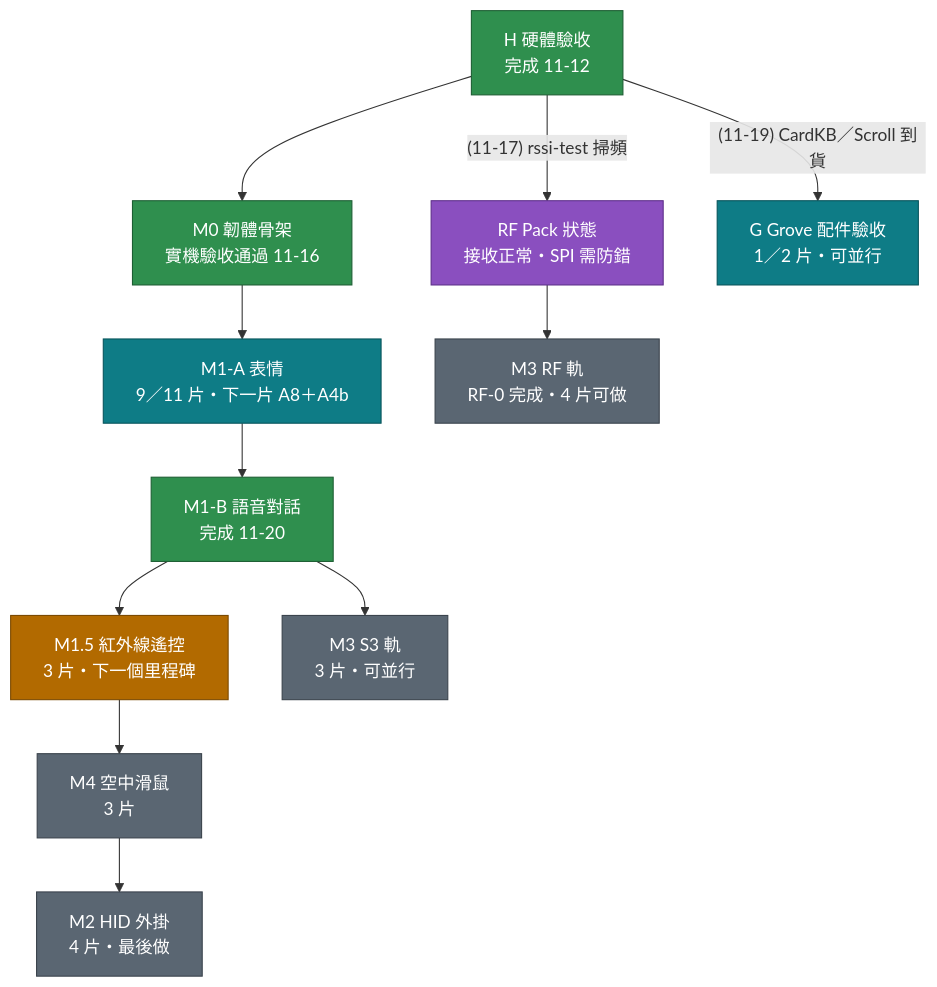
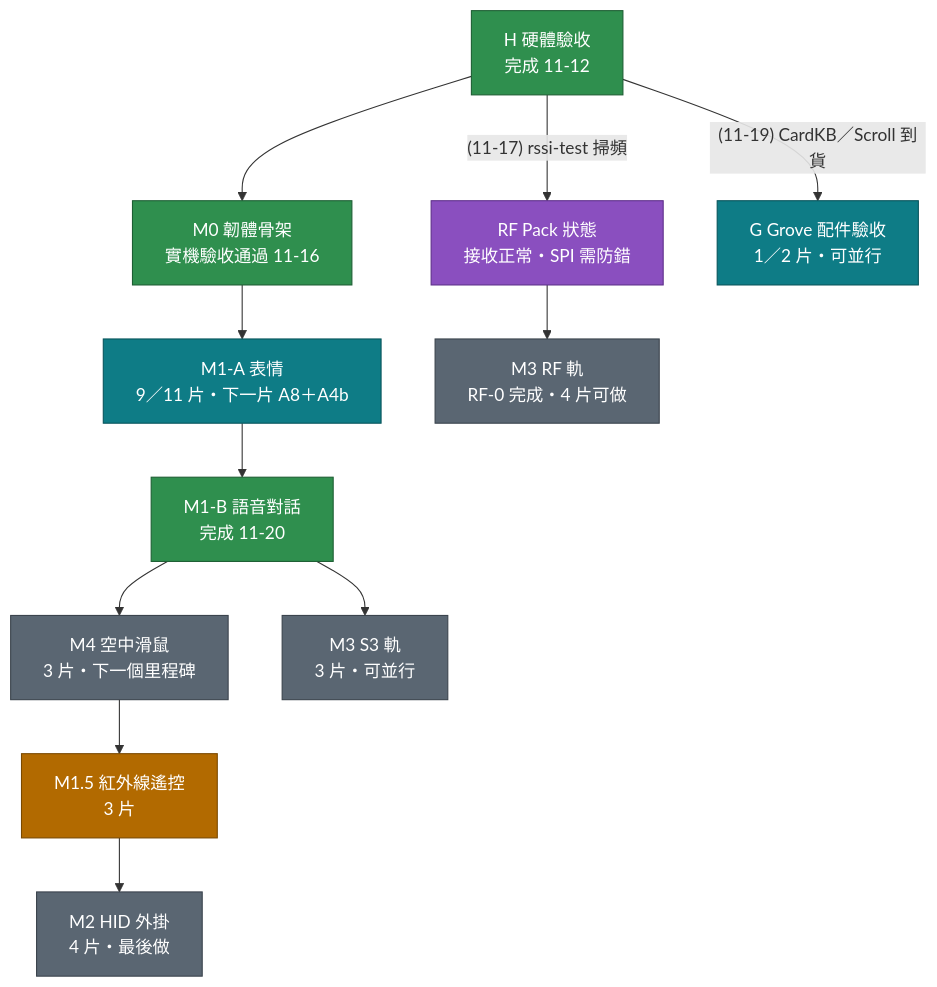
Before and after one commit to MilesYP/m5sticks3: the first of 2 diagrams in docs/StickS3 執行計劃.md, drawn with Mermaid. The commit also changed other lines of this file and 8 other files, not shown here.

````diff
--- a/docs/StickS3 執行計劃.md
+++ b/docs/StickS3 執行計劃.md
@@ -29,31 +29,31 @@
 ```mermaid
 flowchart TD
     H["H 硬體驗收<br>完成 11-12"]
     M0["M0 韌體骨架<br>實機驗收通過 11-16"]
     M1A["M1-A 表情<br>9／11 片・下一片 A8＋A4b"]
     M1B["M1-B 語音對話<br>完成 11-20"]
-    M15["M1.5 紅外線遙控<br>3 片・下一個里程碑"]
-    M4["M4 空中滑鼠<br>3 片"]
+    M15["M1.5 紅外線遙控<br>3 片"]
+    M4["M4 空中滑鼠<br>3 片・下一個里程碑"]
     M2["M2 HID 外掛<br>4 片・最後做"]
     M3S["M3 S3 軌<br>3 片・可並行"]
     M3R["M3 RF 軌<br>RF-0 完成・4 片可做"]
     RS["RF Pack 狀態<br>接收正常・SPI 需防錯"]
     G["G Grove 配件驗收<br>1／2 片・可並行"]
 
-    H --> M0 --> M1A --> M1B --> M15 --> M4 --> M2
+    H --> M0 --> M1A --> M1B --> M4 --> M15 --> M2
     M1B --> M3S
     H -->|"(11-17) rssi-test 掃頻"| RS --> M3R
     H -->|"(11-19) CardKB／Scroll 到貨"| G
 
     classDef done fill:#2f8f4e,color:#ffffff,stroke:#1d5e33
     classDef doing fill:#0e7c86,color:#ffffff,stroke:#08545b
     classDef next fill:#b26a00,color:#ffffff,stroke:#7a4900
     classDef todo fill:#5a6672,color:#ffffff,stroke:#3a434c
     classDef gate fill:#8a4fbf,color:#ffffff,stroke:#5e2f8a
     class H,M0,M1B done
     class M1A doing
     class M15 next
     class G doing
     class M4,M2,M3S,M3R todo
     class RS gate
 ```
````
